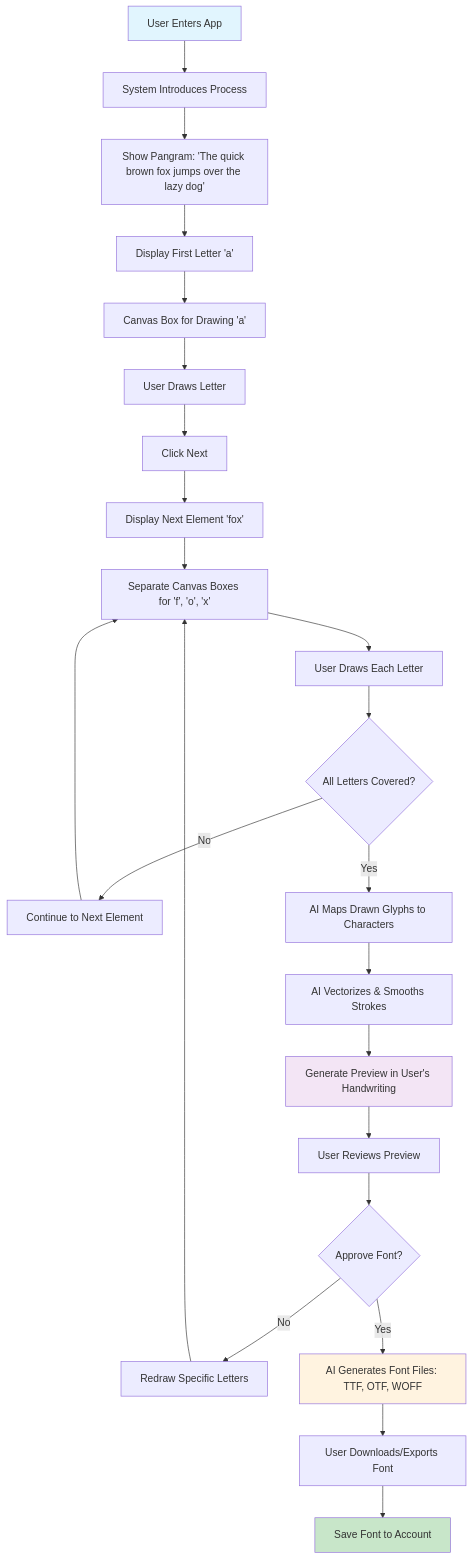
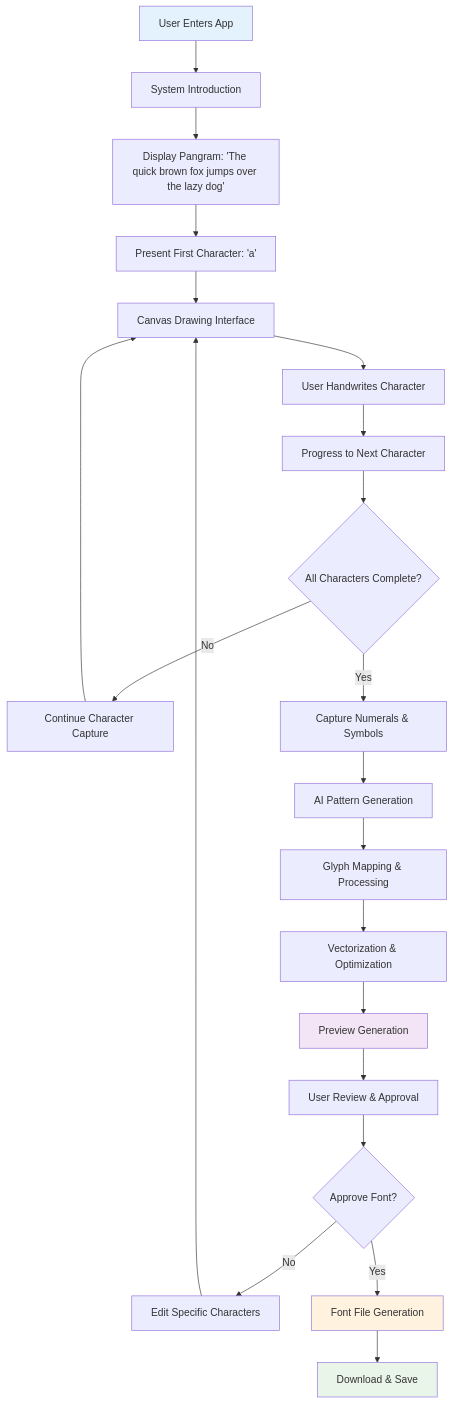
Before and after one commit to user-ahsan/hand-font: the first of 2 diagrams in docs/prd.md, drawn with Mermaid. The commit also changed other lines of this file, not shown here.

````diff
--- a/docs/prd.md
+++ b/docs/prd.md
@@ -38,30 +68,28 @@
 ```mermaid
 flowchart TD
-    A[User Enters App] --> B[System Introduces Process]
-    B --> C[Show Pangram: 'The quick brown fox jumps over the lazy dog']
-    C --> D[Display First Letter 'a']
-    D --> E[Canvas Box for Drawing 'a']
-    E --> F[User Draws Letter]
-    F --> G[Click Next]
-    G --> H[Display Next Element 'fox']
-    H --> I[Separate Canvas Boxes for 'f', 'o', 'x']
-    I --> J[User Draws Each Letter]
-    J --> K{All Letters Covered?}
-    K -->|No| L[Continue to Next Element]
-    L --> I
-    K -->|Yes| M[AI Maps Drawn Glyphs to Characters]
-    M --> N[AI Vectorizes & Smooths Strokes]
-    N --> O[Generate Preview in User's Handwriting]
-    O --> P[User Reviews Preview]
-    P --> Q{Approve Font?}
-    Q -->|No| R[Redraw Specific Letters]
-    R --> I
-    Q -->|Yes| S[AI Generates Font Files: TTF, OTF, WOFF]
-    S --> T[User Downloads/Exports Font]
-    T --> U[Save Font to Account]
+    A[User Enters App] --> B[System Introduction]
+    B --> C[Display Pangram: 'The quick brown fox jumps over the lazy dog']
+    C --> D[Present First Character: 'a']
+    D --> E[Canvas Drawing Interface]
+    E --> F[User Handwrites Character]
+    F --> G[Progress to Next Character]
+    G --> H{All Characters Complete?}
+    H -->|No| I[Continue Character Capture]
+    I --> E
+    H -->|Yes| J[Capture Numerals & Symbols]
+    J --> K[AI Pattern Generation]
+    K --> L[Glyph Mapping & Processing]
+    L --> M[Vectorization & Optimization]
+    M --> N[Preview Generation]
+    N --> O[User Review & Approval]
+    O --> P{Approve Font?}
+    P -->|No| Q[Edit Specific Characters]
+    Q --> E
+    P -->|Yes| R[Font File Generation]
+    R --> S[Download & Save]
     
-    style A fill:#e1f5fe
-    style U fill:#c8e6c9
-    style S fill:#fff3e0
-    style O fill:#f3e5f5
+    style A fill:#e3f2fd
+    style S fill:#e8f5e8
+    style R fill:#fff3e0
+    style N fill:#f3e5f5
 ```
````
